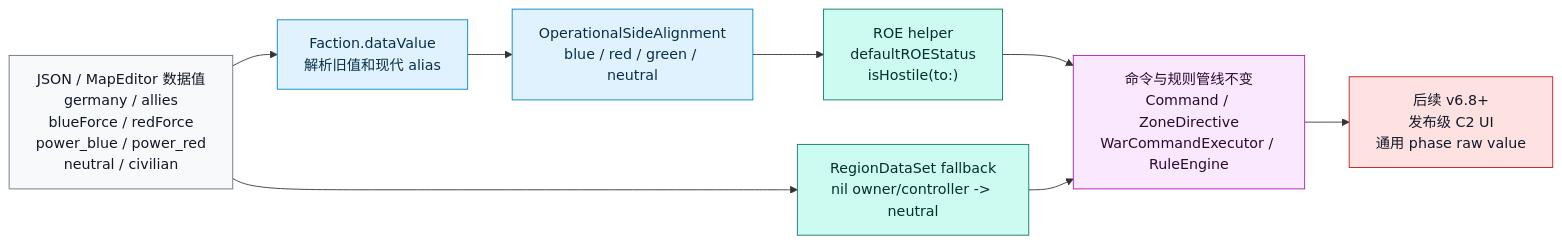
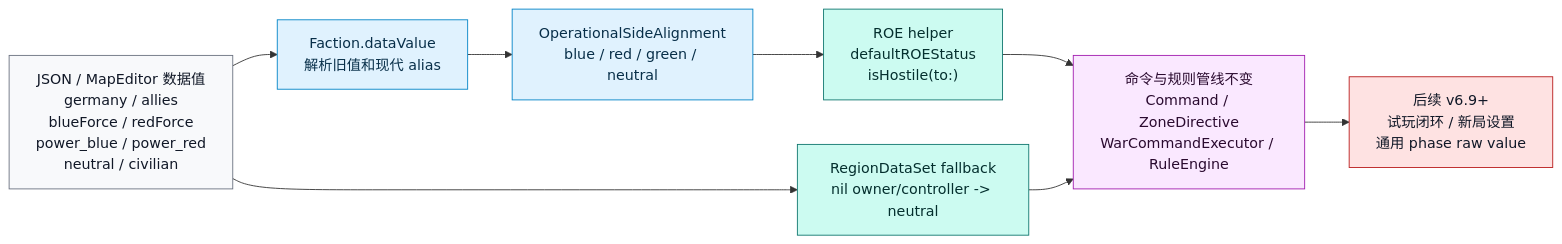
Before and after one commit to Altman-sam114/127: the third of 18 diagrams in md/flow/flowchart.md, drawn with Mermaid. The commit also changed other lines of this file and 10 other files, not shown here.

````diff
--- a/md/flow/flowchart.md
+++ b/md/flow/flowchart.md
@@ -90,20 +90,20 @@
 ```mermaid
 flowchart LR
     DATA["JSON / MapEditor 数据值<br/>germany / allies<br/>blueForce / redForce<br/>power_blue / power_red<br/>neutral / civilian"]:::data
     FACTION["Faction.dataValue<br/>解析旧值和现代 alias"]:::state
     ALIGN["OperationalSideAlignment<br/>blue / red / green / neutral"]:::state
     ROE["ROE helper<br/>defaultROEStatus<br/>isHostile(to:)"]:::rules
     REGION["RegionDataSet fallback<br/>nil owner/controller -> neutral"]:::rules
     PIPE["命令与规则管线不变<br/>Command / ZoneDirective<br/>WarCommandExecutor / RuleEngine"]:::command
-    TODO["后续 v6.8+<br/>发布级 C2 UI<br/>通用 phase raw value"]:::risk
+    TODO["后续 v6.9+<br/>试玩闭环 / 新局设置<br/>通用 phase raw value"]:::risk
 
     DATA --> FACTION --> ALIGN --> ROE --> PIPE
     DATA --> REGION --> PIPE
     PIPE --> TODO
 
     classDef data fill:#f8f9fb,stroke:#6b7280,color:#111827
     classDef state fill:#e0f2fe,stroke:#0284c7,color:#082f49
     classDef rules fill:#ccfbf1,stroke:#0f766e,color:#042f2e
     classDef command fill:#fae8ff,stroke:#a21caf,color:#2a0a2f
     classDef risk fill:#fee2e2,stroke:#b91c1c,color:#111827
 ```
````
